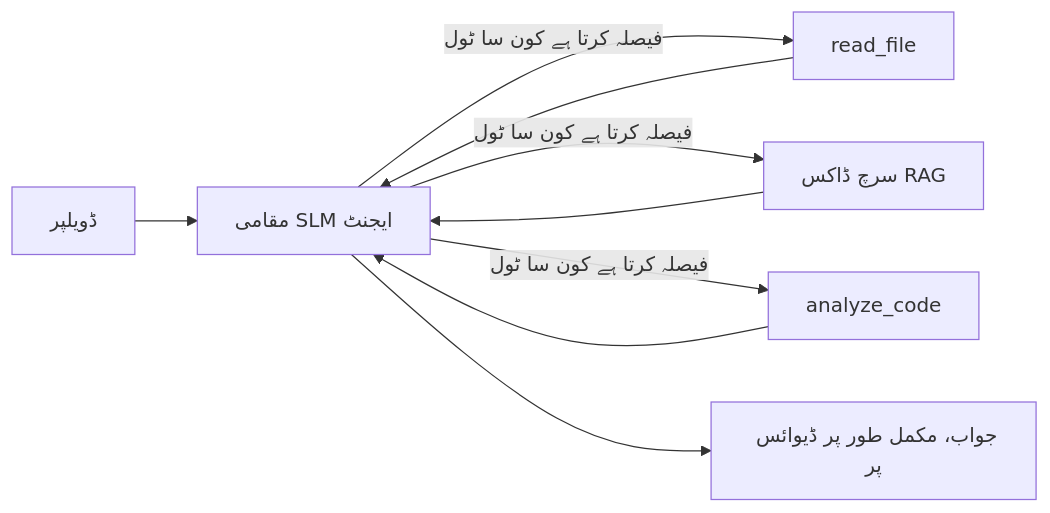
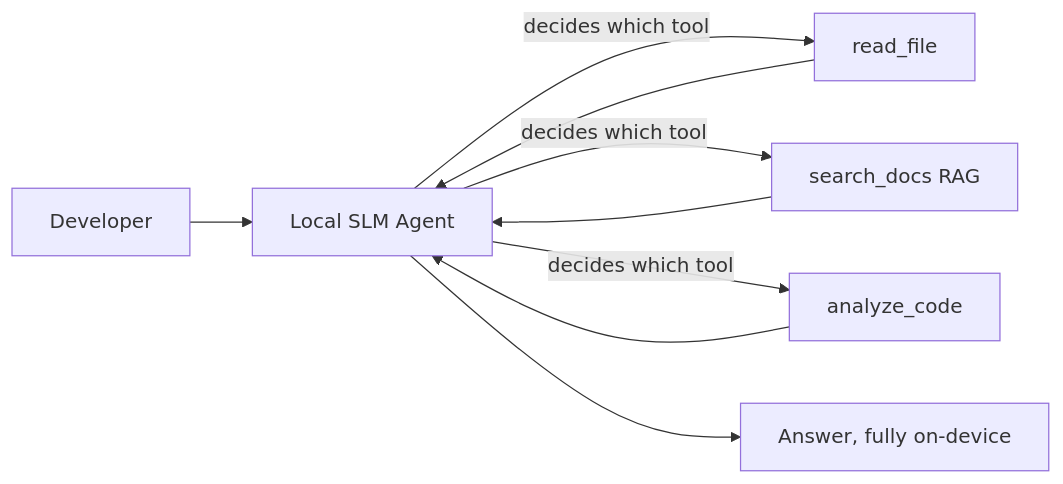
The first of 4 diagrams in mirrors/repos/microsoft@ai-agents-for-beginners/translations/ur/17-creating-local-ai-agents/README.md (gabrielmoreira/agent-skills-mirror), drawn with Mermaid before and after one commit. The commit also changed other lines of this file and 5918 other files, not shown here.

````diff
--- a/mirrors/repos/microsoft@ai-agents-for-beginners/translations/ur/17-creating-local-ai-agents/README.md
+++ b/mirrors/repos/microsoft@ai-agents-for-beginners/translations/ur/17-creating-local-ai-agents/README.md
@@ -67,11 +66,11 @@
 ```mermaid
 flowchart LR
-    U[ڈویلپر] --> A[مقامی SLM ایجنٹ]
-    A -->|فیصلہ کرتا ہے کون سا ٹول| T1[read_file]
-    A -->|فیصلہ کرتا ہے کون سا ٹول| T2[سرچ ڈاکس RAG]
-    A -->|فیصلہ کرتا ہے کون سا ٹول| T3[analyze_code]
+    U[Developer] --> A[Local SLM Agent]
+    A -->|decides which tool| T1[read_file]
+    A -->|decides which tool| T2[search_docs RAG]
+    A -->|decides which tool| T3[analyze_code]
     T1 --> A
     T2 --> A
     T3 --> A
-    A --> R[جواب، مکمل طور پر ڈیوائس پر]
+    A --> R[Answer, fully on-device]
 ```
````
